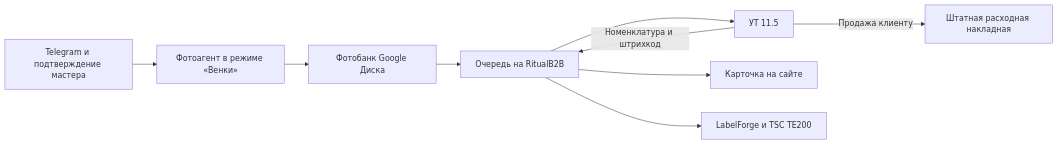
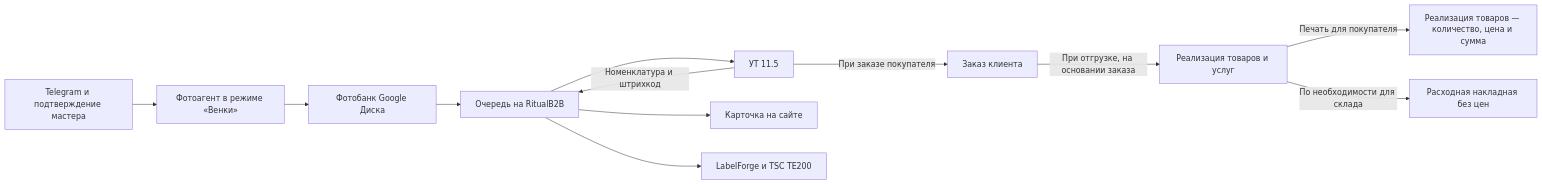
One commit to flycited2-dotcom/ritualb2b changed the diagram in docs/PRODUCTION_CATALOG_1C_PLAN.md. Above: the diagram before and after it, drawn with Mermaid. The commit also changed other lines of this file and 12 other files, not shown here.

````diff
--- a/docs/PRODUCTION_CATALOG_1C_PLAN.md
+++ b/docs/PRODUCTION_CATALOG_1C_PLAN.md
@@ -12,11 +12,14 @@
 ```mermaid
 flowchart LR
     T["Telegram и подтверждение мастера"] --> F["Фотоагент в режиме «Венки»"]
     F --> D["Фотобанк Google Диска"]
     D --> Q["Очередь на RitualB2B"]
     Q --> C["УТ 11.5"]
     C -->|"Номенклатура и штрихкод"| Q
     Q --> S["Карточка на сайте"]
     Q --> L["LabelForge и TSC TE200"]
-    C -->|"Продажа клиенту"| A["Штатная расходная накладная"]
+    C -->|"При заказе покупателя"| O["Заказ клиента"]
+    O -->|"При отгрузке, на основании заказа"| R["Реализация товаров и услуг"]
+    R -->|"Печать для покупателя"| P["Реализация товаров — количество, цена и сумма"]
+    R -->|"По необходимости для склада"| A["Расходная накладная без цен"]
 ```
````
